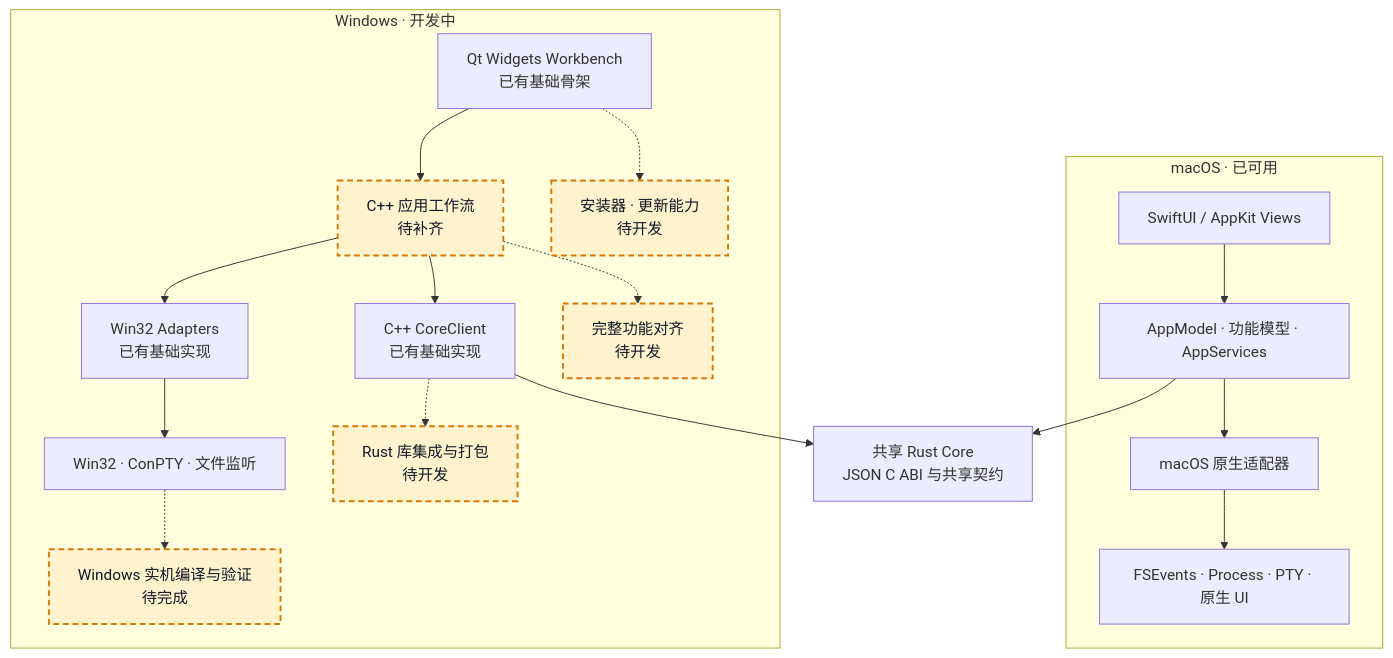
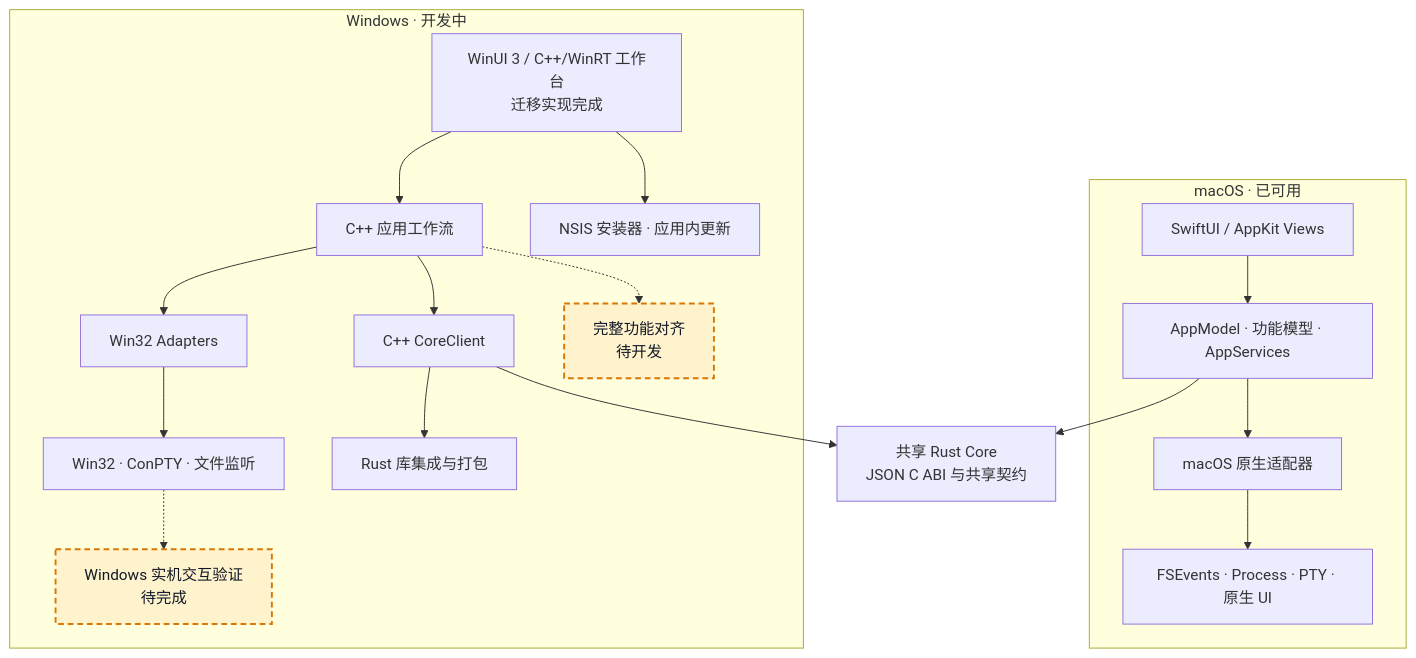
Before and after one commit to 1lck/Lithe-IDEA: the diagram in README.zh-CN.md, drawn with Mermaid. The commit also changed other lines of this file and 76 other files, not shown here.

Commit message:
feat(windows): complete WinUI phase one workbench

````diff
--- a/README.zh-CN.md
+++ b/README.zh-CN.md
@@ -158,28 +158,28 @@
 ```mermaid
 flowchart TB
     CORE["共享 Rust Core<br/>JSON C ABI 与共享契约"]
 
     subgraph MACOS["macOS · 已可用"]
         MUI["SwiftUI / AppKit Views"] --> MAPP["AppModel · 功能模型 · AppServices"]
         MAPP --> MADAPTERS["macOS 原生适配器"]
         MADAPTERS --> MNATIVE["FSEvents · Process · PTY · 原生 UI"]
     end
 
     MAPP --> CORE
 
     subgraph WINDOWS["Windows · 开发中"]
-        WUI["Qt Widgets Workbench<br/>已有基础骨架"] --> WAPP["C++ 应用工作流<br/>待补齐"]
-        WAPP --> WCLIENT["C++ CoreClient<br/>已有基础实现"]
-        WAPP --> WADAPTERS["Win32 Adapters<br/>已有基础实现"]
+        WUI["WinUI 3 / C++/WinRT 工作台<br/>迁移实现完成"] --> WAPP["C++ 应用工作流"]
+        WAPP --> WCLIENT["C++ CoreClient"]
+        WAPP --> WADAPTERS["Win32 Adapters"]
         WADAPTERS --> WNATIVE["Win32 · ConPTY · 文件监听"]
         WAPP -.-> WPARITY["完整功能对齐<br/>待开发"]
-        WCLIENT -.-> WPACKAGE["Rust 库集成与打包<br/>待开发"]
-        WNATIVE -.-> WBUILD["Windows 实机编译与验证<br/>待完成"]
-        WUI -.-> WSHIP["安装器 · 更新能力<br/>待开发"]
+        WCLIENT --> WPACKAGE["Rust 库集成与打包"]
+        WNATIVE -.-> WBUILD["Windows 实机交互验证<br/>待完成"]
+        WUI --> WSHIP["NSIS 安装器 · 应用内更新"]
     end
 
     WCLIENT --> CORE
 
     classDef planned fill:#fff3cd,stroke:#d97706,stroke-width:2px,stroke-dasharray:6 4,color:#111827
-    class WAPP,WPARITY,WPACKAGE,WBUILD,WSHIP planned
+    class WPARITY,WBUILD planned
 ```
````
